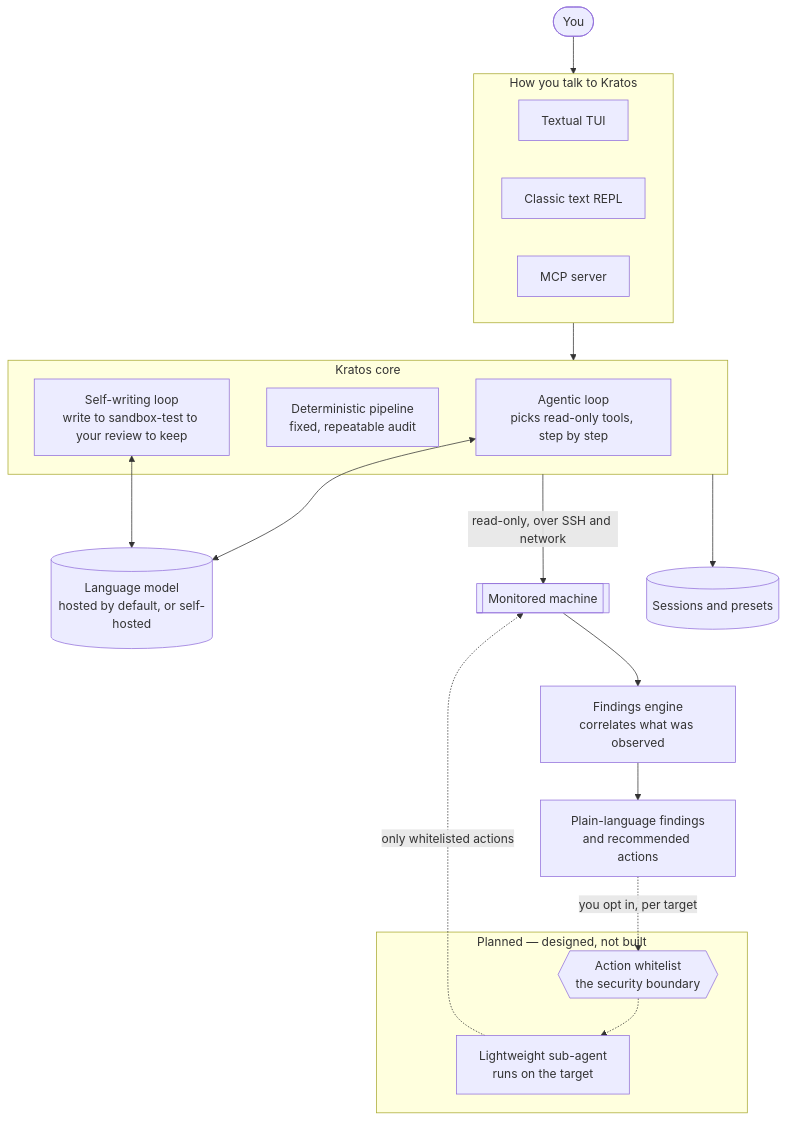
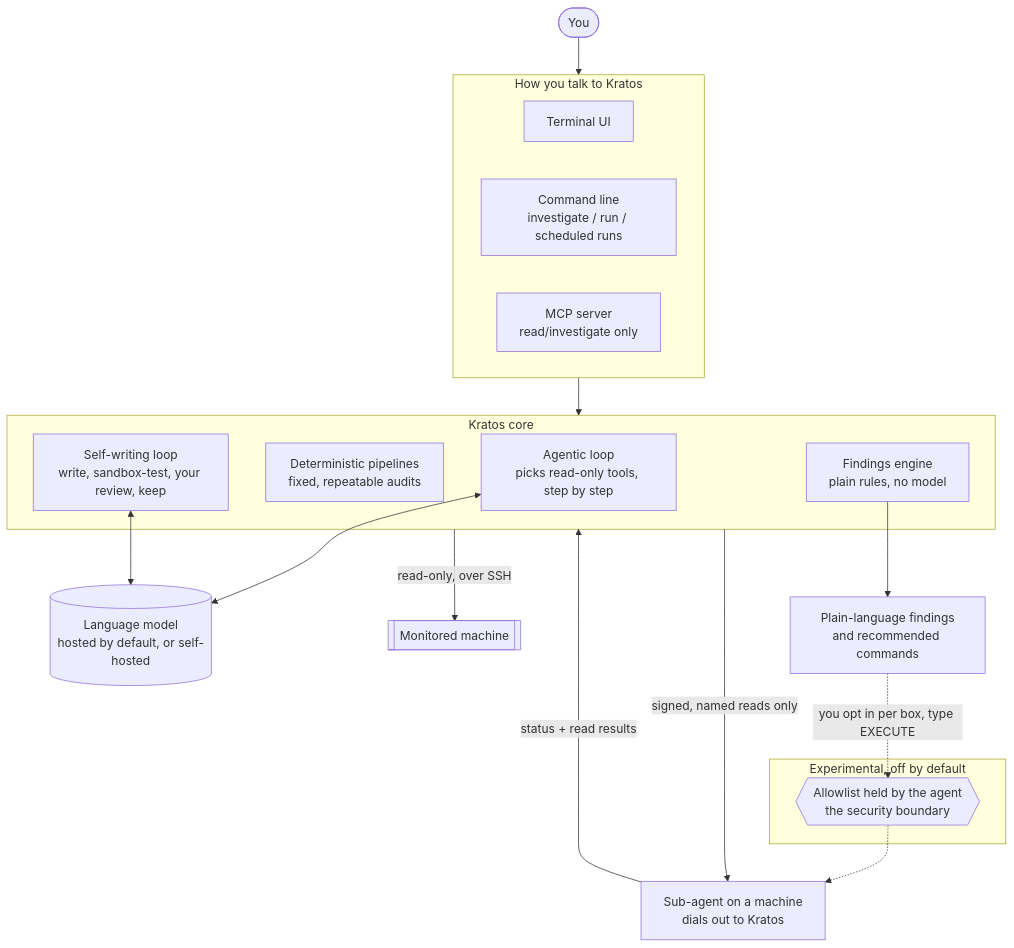
Before and after one commit to TahrimWalid/kratos: the diagram in README.md, drawn with Mermaid. The commit also changed other lines of this file and 24 other files, not shown here.

````diff
--- a/README.md
+++ b/README.md
@@ -149,35 +183,34 @@
 ```mermaid
 flowchart TD
     you([You]) --> entry
 
     subgraph entry [How you talk to Kratos]
-        tui[Textual TUI]
-        repl[Classic text REPL]
-        mcp[MCP server]
+        tui[Terminal UI]
+        cli[Command line<br/>investigate / run / scheduled runs]
+        mcp[MCP server<br/>read/investigate only]
     end
 
     entry --> brain
 
     subgraph brain [Kratos core]
         loop[Agentic loop<br/>picks read-only tools, step by step]
-        pipeline[Deterministic pipeline<br/>fixed, repeatable audit]
-        evolve[Self-writing loop<br/>write to sandbox-test to your review to keep]
+        pipeline[Deterministic pipelines<br/>fixed, repeatable audits]
+        evolve[Self-writing loop<br/>write, sandbox-test, your review, keep]
+        rules[Findings engine<br/>plain rules, no model]
     end
 
     llm[(Language model<br/>hosted by default, or self-hosted)]
     loop <--> llm
     evolve <--> llm
 
-    brain -->|read-only, over SSH and network| target[[Monitored machine]]
-    target --> findings[Findings engine<br/>correlates what was observed]
-    findings --> out[Plain-language findings<br/>and recommended actions]
-    brain --> store[(Sessions and presets)]
+    brain -->|read-only, over SSH| target[[Monitored machine]]
+    brain -->|signed, named reads only| agent[Sub-agent on a machine<br/>dials out to Kratos]
+    agent -->|status + read results| brain
+    rules --> out[Plain-language findings<br/>and recommended commands]
 
-    subgraph later [Planned — designed, not built]
-        whitelist{{Action whitelist<br/>the security boundary}}
-        subagent[Lightweight sub-agent<br/>runs on the target]
+    subgraph optin [Experimental, off by default]
+        allow{{Allowlist held by the agent<br/>the security boundary}}
     end
-    out -.->|you opt in, per target| whitelist
-    whitelist -.-> subagent
-    subagent -.->|only whitelisted actions| target
+    out -.->|you opt in per box, type EXECUTE| allow
+    allow -.-> agent
 ```
````
